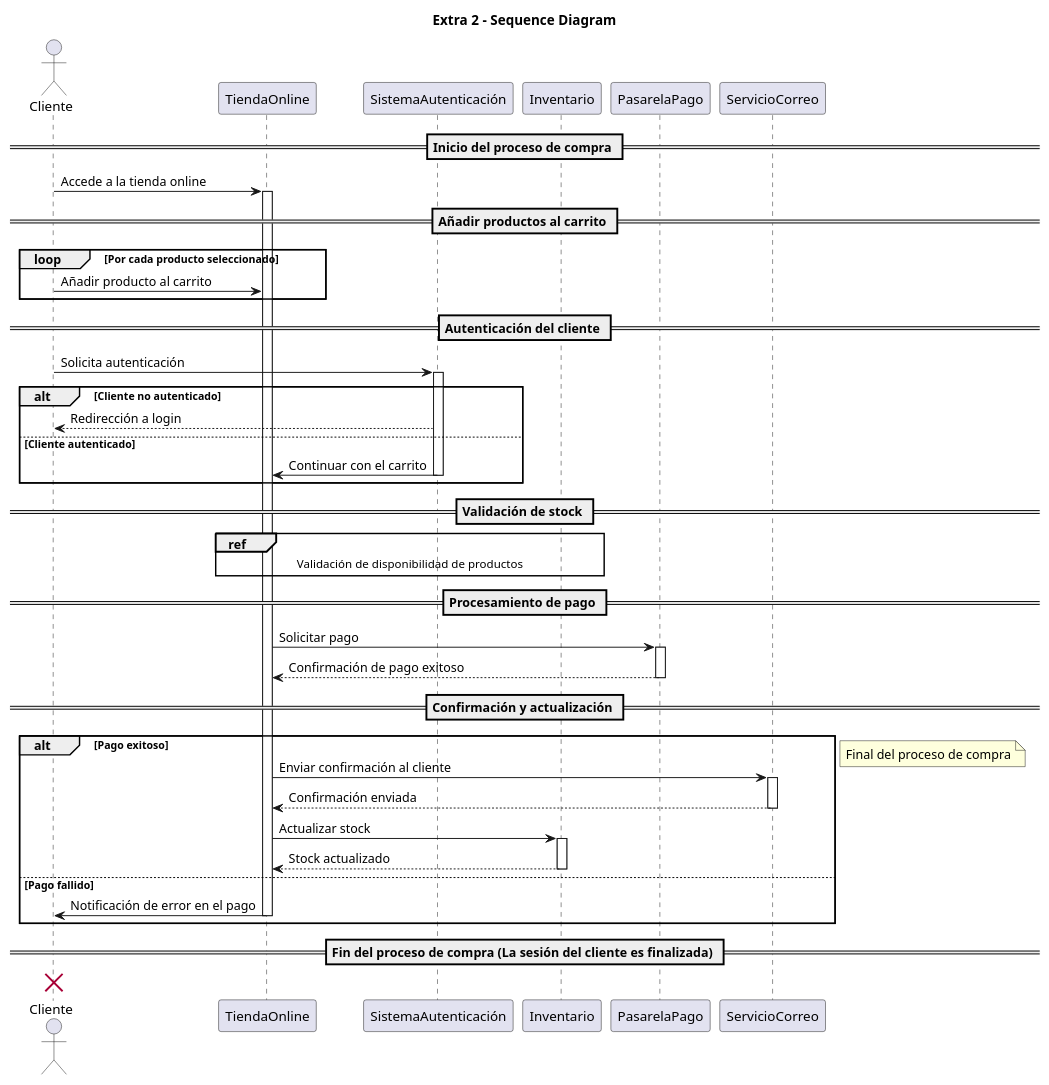
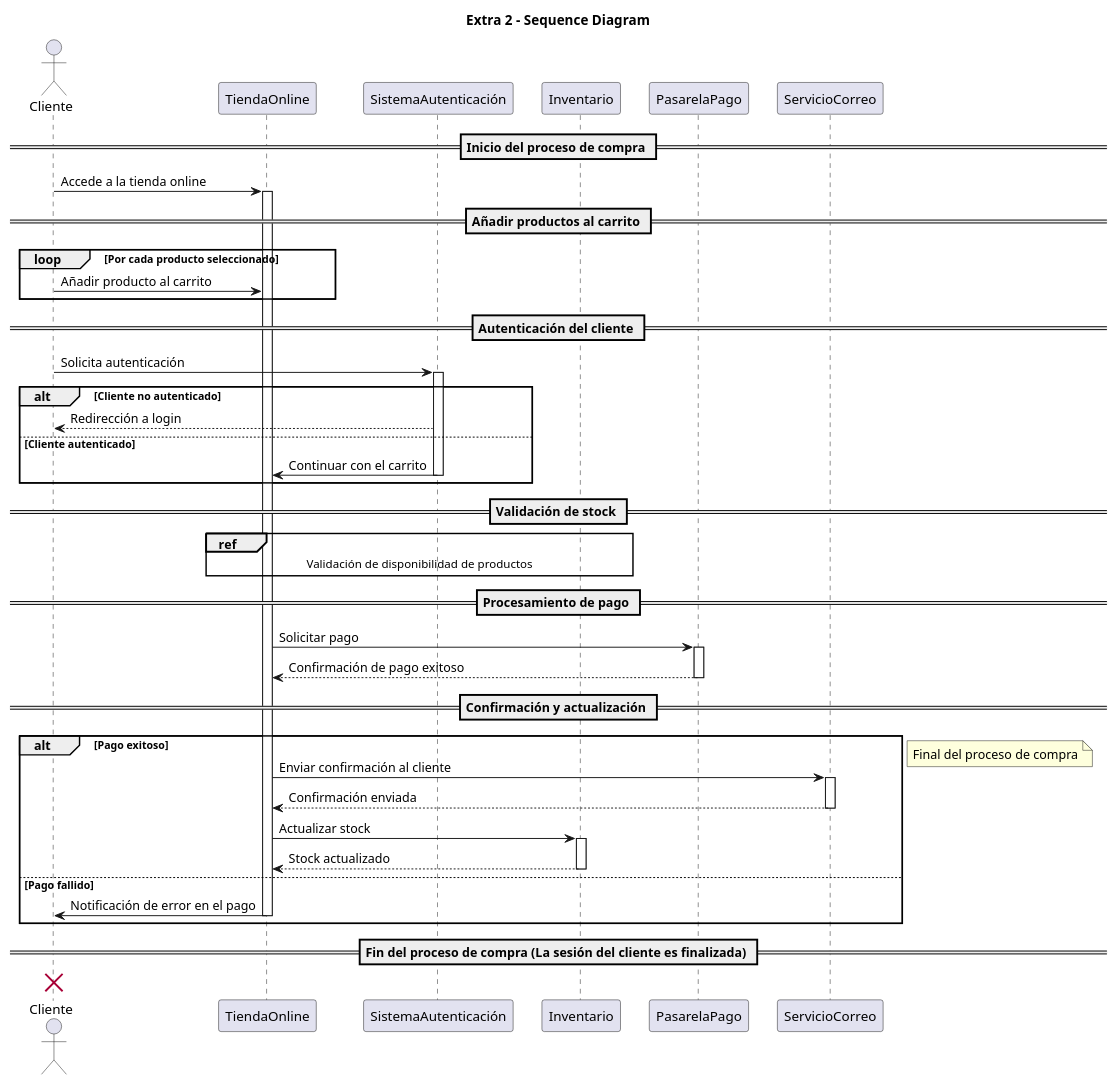
One commit to AitanaAlonso01/2-daw changed the diagram in Despliegue/LS1/PlantUML/extra/extra2.puml. Above: the diagram before and after it, drawn with PlantUML.

Commit message:
U - Estilos diagrama PlantUML - Despliegue

```diff
--- a/Despliegue/LS1/PlantUML/extra/extra2.puml
+++ b/Despliegue/LS1/PlantUML/extra/extra2.puml
@@ -1,90 +1,98 @@
 @startuml extra2
 title Extra 2 - Sequence Diagram
+skinparam sequence {
+  ParticipantPadding 10
+  BoxPadding 10
+  MessageSpacing 20
+}
+skinparam participant {
+  MinWidth 150
+}
 
 '==========================
 ' Actores
 '==========================
 actor Cliente
 
 '==========================
 ' Participantes del sistema
 '==========================
 participant "TiendaOnline" as Tienda
 participant "SistemaAutenticación" as SistemaAutenticacion
 participant "Inventario" as Inventario
 participant "PasarelaPago" as PasarelaPago
 participant "ServicioCorreo" as ServicioCorreo
 
 '==========================
 ' Inicio del proceso
 '==========================
 == Inicio del proceso de compra ==
 Cliente -> Tienda : Accede a la tienda online
 activate Tienda
 
 '==========================
 ' Bucle para añadir productos
 '==========================
 == Añadir productos al carrito ==
 loop Por cada producto seleccionado
   Cliente -> Tienda : Añadir producto al carrito
 end
 
 '==========================
 ' Autenticación del cliente
 '==========================
 == Autenticación del cliente ==
 Cliente -> SistemaAutenticacion : Solicita autenticación
 activate SistemaAutenticacion
 
 alt Cliente no autenticado
   SistemaAutenticacion --> Cliente : Redirección a login
 else Cliente autenticado
   SistemaAutenticacion -> Tienda : Continuar con el carrito
   deactivate SistemaAutenticacion
 end
 
 '==========================
 ' Validación de stock
 '==========================
 == Validación de stock ==
 ref over Tienda, Inventario : Validación de disponibilidad de productos
 
 '==========================
 ' Procesamiento de pago
 '==========================
 == Procesamiento de pago ==
 Tienda -> PasarelaPago : Solicitar pago
 activate PasarelaPago
 PasarelaPago --> Tienda : Confirmación de pago exitoso
 deactivate PasarelaPago
 
 '==========================
 ' Confirmación y actualización
 '==========================
 == Confirmación y actualización ==
 alt Pago exitoso
   Tienda -> ServicioCorreo : Enviar confirmación al cliente
   activate ServicioCorreo
   ServicioCorreo --> Tienda : Confirmación enviada
   deactivate ServicioCorreo
 
   Tienda -> Inventario : Actualizar stock
   activate Inventario
   Inventario --> Tienda : Stock actualizado
   deactivate Inventario
 else Pago fallido
   Tienda -> Cliente : Notificación de error en el pago
   deactivate Tienda
 end
 
 '==========================
 ' Fin del proceso
 '==========================
 == Fin del proceso de compra (La sesión del cliente es finalizada) ==
 destroy Cliente
 note left
   Final del proceso de compra
 end note
 
 @enduml
```
